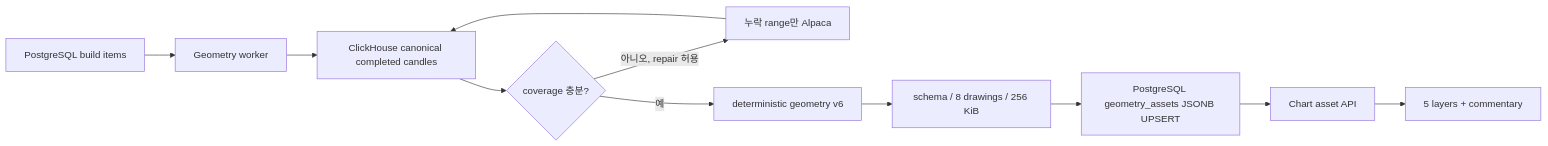
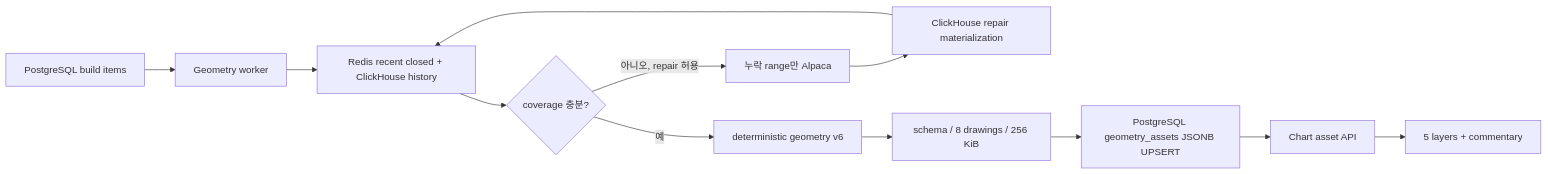
The diagram in docs/CHART_ANALYSIS_ASSETS.md (seunglee10/GOPS-BE), drawn with Mermaid before and after one commit. The commit also changed other lines of this file and 16 other files, not shown here.

Commit message:
feat(chart): unify commentary and portfolio context

````diff
--- a/docs/CHART_ANALYSIS_ASSETS.md
+++ b/docs/CHART_ANALYSIS_ASSETS.md
@@ -85,13 +85,14 @@
 ```mermaid
 flowchart LR
   PGQ["PostgreSQL build items"] --> Worker["Geometry worker"]
-  Worker --> CH["ClickHouse canonical completed candles"]
-  CH --> Gap{"coverage 충분?"}
+  Worker --> Closed["Redis recent closed + ClickHouse history"]
+  Closed --> Gap{"coverage 충분?"}
   Gap -- "아니오, repair 허용" --> Alpaca["누락 range만 Alpaca"]
-  Alpaca --> CH
+  Alpaca --> CH["ClickHouse repair materialization"]
+  CH --> Closed
   Gap -- "예" --> Kernel["deterministic geometry v6"]
   Kernel --> Guard["schema / 8 drawings / 256 KiB"]
   Guard --> PG["PostgreSQL geometry_assets JSONB UPSERT"]
   PG --> API["Chart asset API"]
   API --> UI["5 layers + commentary"]
 ```
````
